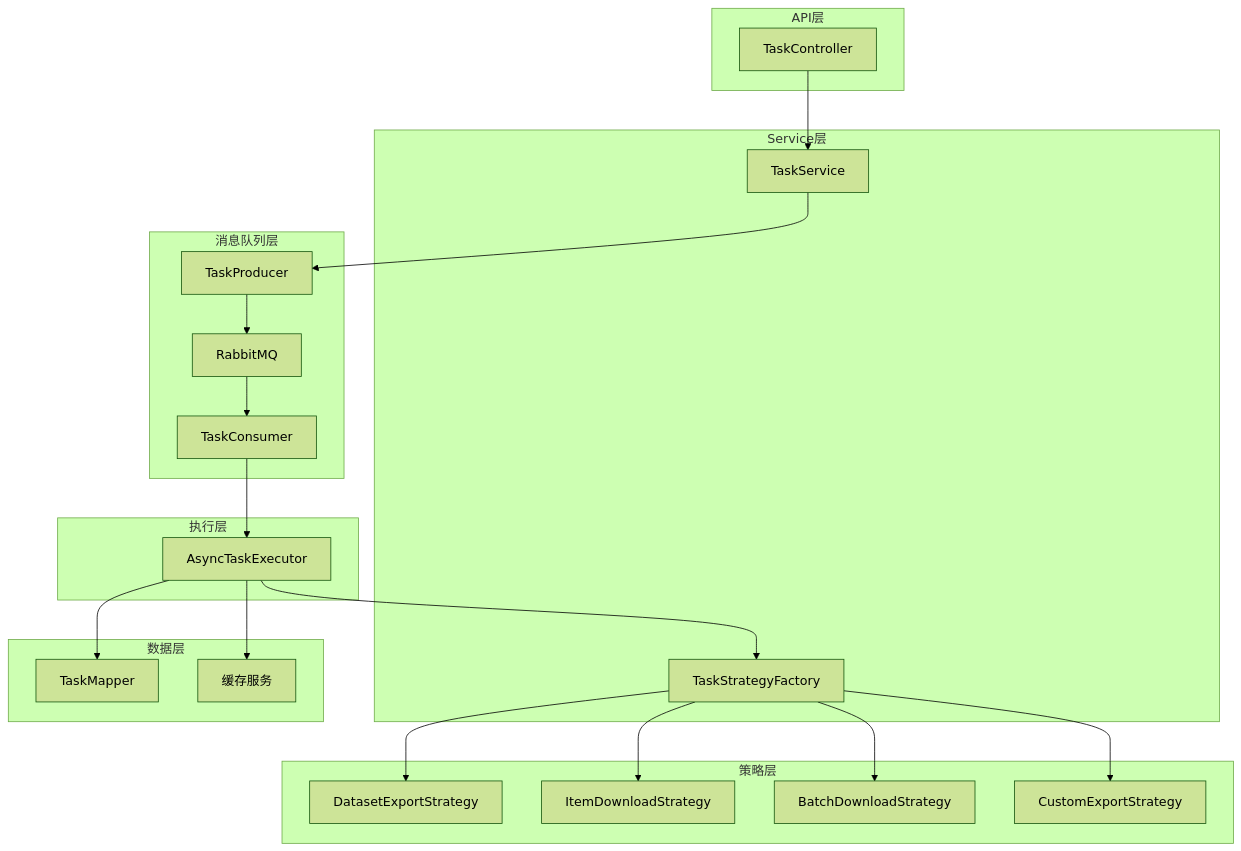
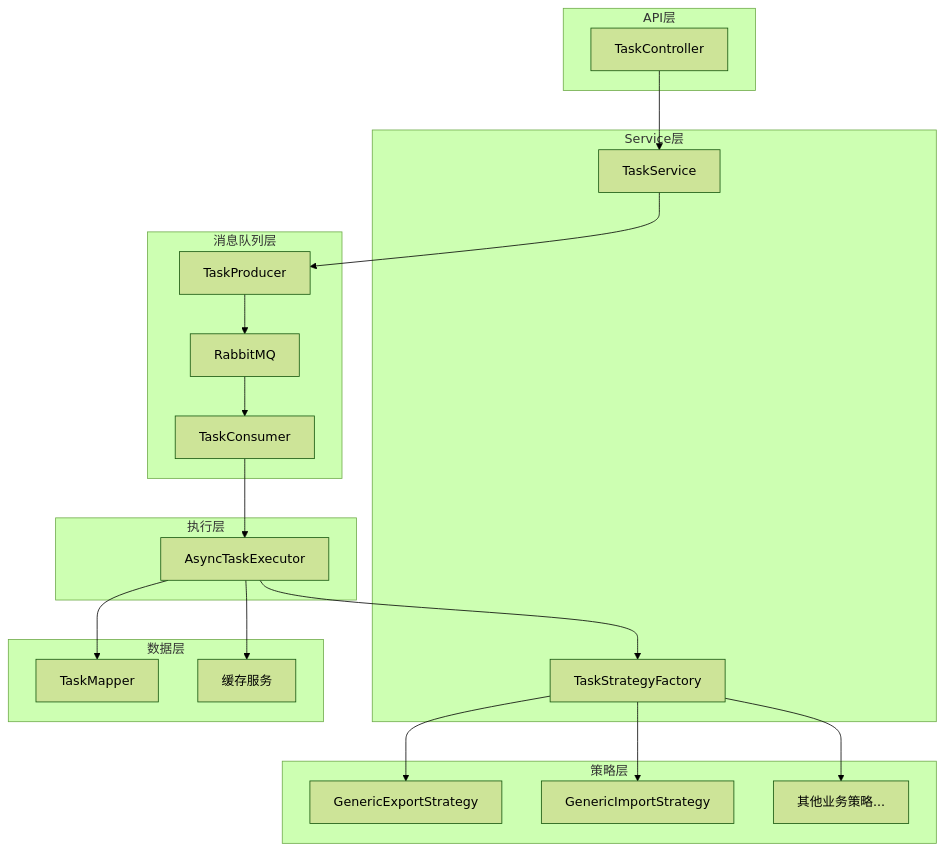
Before and after one commit to earthy-zinc/dehaze-system: the first of 8 diagrams in dehaze-doc/docs/03-模块设计/基础模块/任务管理/后端实现.md, drawn with Mermaid (forest theme). The commit also changed other lines of this file and 22 other files, not shown here.

First line of the commit message:
docs: complete universal import/export framework documentation

````diff
--- a/dehaze-doc/docs/03-模块设计/基础模块/任务管理/后端实现.md
+++ b/dehaze-doc/docs/03-模块设计/基础模块/任务管理/后端实现.md
@@ -26,46 +26,44 @@
 ```mermaid
 graph TB
     subgraph API层
         A[TaskController]
     end
 
     subgraph Service层
         B[TaskService]
         D[TaskStrategyFactory]
     end
 
     subgraph 消息队列层
         MP[TaskProducer]
         MQ[RabbitMQ]
         MC[TaskConsumer]
     end
 
     subgraph 执行层
         C[AsyncTaskExecutor]
     end
 
     subgraph 策略层
-        E[DatasetExportStrategy]
-        F[ItemDownloadStrategy]
-        G[BatchDownloadStrategy]
-        H[CustomExportStrategy]
+        E[GenericExportStrategy]
+        F[GenericImportStrategy]
+        G[其他业务策略...]
     end
 
     subgraph 数据层
         I[TaskMapper]
         J[缓存服务]
     end
 
     A --> B
     B --> MP
     MP --> MQ
     MQ --> MC
     MC --> C
     C --> D
     D --> E
     D --> F
     D --> G
-    D --> H
     C --> I
     C --> J
 ```
````
